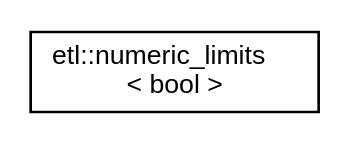
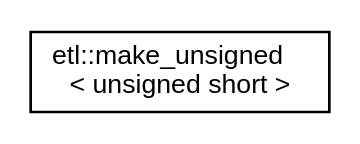
The diagram in inherit_graph_50.dot (tobanteAudio/taetl), drawn with Graphviz before and after one commit. The commit also changed 256 other files, not shown here.

```diff
--- a/inherit_graph_50.dot
+++ b/inherit_graph_50.dot
@@ -1,7 +1,7 @@
 digraph "Graphical Class Hierarchy"
 {
   edge [fontname="Helvetica",fontsize="10",labelfontname="Helvetica",labelfontsize="10"];
   node [fontname="Helvetica",fontsize="10",shape=record];
   rankdir="LR";
-  Node0 [label="etl::numeric_limits\l\< bool \>",height=0.2,width=0.4,color="black", fillcolor="white", style="filled",URL="$classetl_1_1numeric__limits_3_01bool_01_4.html"];
+  Node0 [label="etl::make_unsigned\l\< unsigned short \>",height=0.2,width=0.4,color="black", fillcolor="white", style="filled",URL="$structetl_1_1make__unsigned_3_01unsigned_01short_01_4.html"];
 }
```
